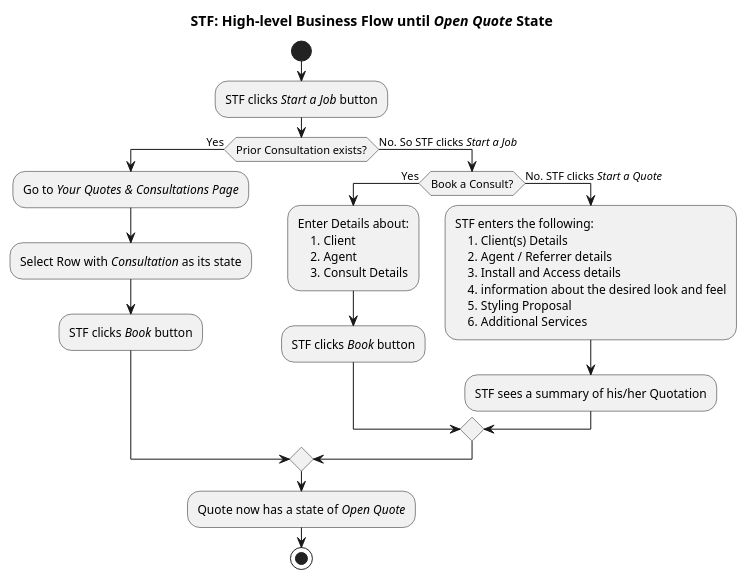
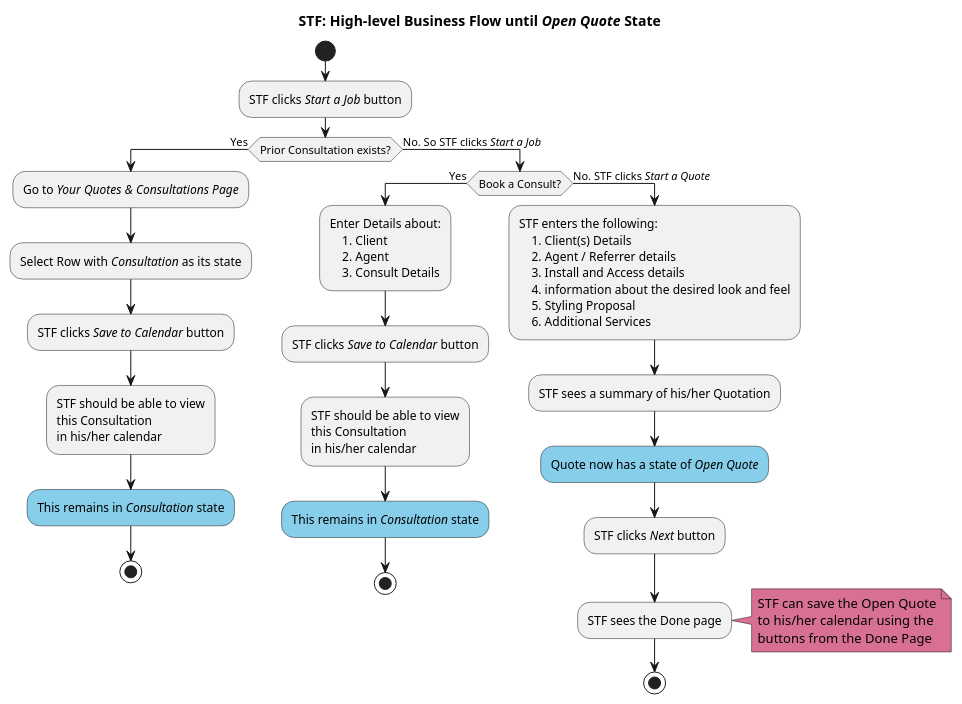
Before and after one commit to jpgacrama/NovariSpecs: the diagram in STF/STF_BeginningUntilOpenQuoteState.pu, drawn with PlantUML. The commit also changed 1 other file, not shown here.

Commit message:
Adding Save to Calendar button

```diff
--- a/STF/STF_BeginningUntilOpenQuoteState.pu
+++ b/STF/STF_BeginningUntilOpenQuoteState.pu
@@ -1,32 +1,53 @@
 @startuml
     title STF: High-level Business Flow until //Open Quote// State
     start
     :STF clicks //Start a Job// button;
 
     if (Prior Consultation exists?) then (Yes)
         :Go to //Your Quotes & Consultations Page//;
         :Select Row with //Consultation// as its state;
-        :STF clicks //Book// button;
+        :STF clicks //Save to Calendar// button;
+        :STF should be able to view
+        this Consultation
+        in his/her calendar;
+        #SkyBlue:This remains in //Consultation// state;
+        stop
     else (No. So STF clicks //Start a Job//)
         if (Book a Consult?) then (Yes)
             :Enter Details about:
                 1. Client
                 2. Agent
                 3. Consult Details;
 
-            :STF clicks //Book// button;
+            :STF clicks //Save to Calendar// button;
+
+            :STF should be able to view
+            this Consultation
+            in his/her calendar;
+            #SkyBlue:This remains in //Consultation// state;
+            stop
+
         else (No. STF clicks //Start a Quote//)
             :STF enters the following:
                 1. Client(s) Details
                 2. Agent / Referrer details
                 3. Install and Access details
                 4. information about the desired look and feel
                 5. Styling Proposal
                 6. Additional Services;
 
             :STF sees a summary of his/her Quotation;
+            #SkyBlue:Quote now has a state of //Open Quote//;
+            :STF clicks //Next// button;
+            :STF sees the Done page;
+
+            note right #PaleVioletRed
+                STF can save the Open Quote
+                to his/her calendar using the
+                buttons from the Done Page
+            end note
+
+            stop
         endif
     endif
-    :Quote now has a state of //Open Quote//;
-    stop
 @enduml
```
